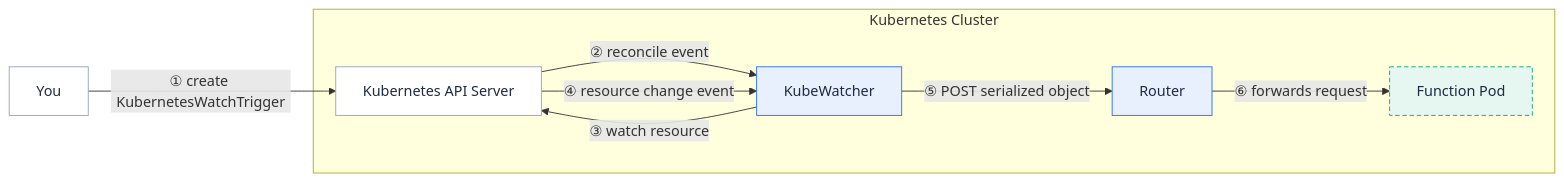
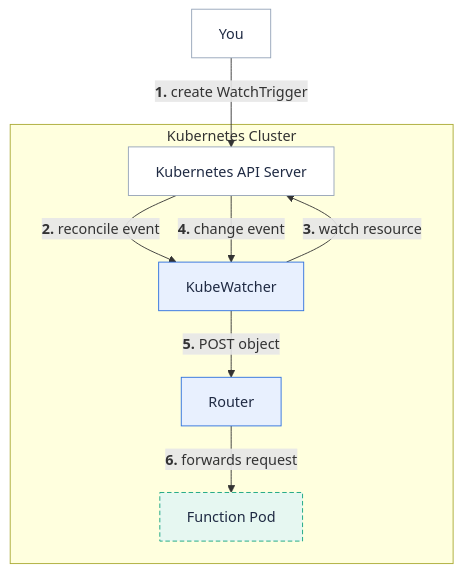
The first of 2 diagrams in content/en/docs/architecture/kubewatcher.md (fission/fission.io), drawn with Mermaid before and after one commit. The commit also changed 23 other files, not shown here.

First line of the commit message:
Make diagrams readable inline: compact TB layouts, bold crimson step numbers

````diff
--- a/content/en/docs/architecture/kubewatcher.md
+++ b/content/en/docs/architecture/kubewatcher.md
@@ -20,18 +20,18 @@
 ```mermaid
-flowchart LR
-  user["You"] -->|"① create KubernetesWatchTrigger"| apiserver["Kubernetes API Server"]
+flowchart TB
+  user["You"] -->|"<b>1.</b> create WatchTrigger"| apiserver["Kubernetes API Server"]
   subgraph k8s["Kubernetes Cluster"]
-    apiserver -->|"② reconcile event"| kubewatcher["KubeWatcher"]
-    kubewatcher -->|"③ watch resource"| apiserver
-    apiserver -->|"④ resource change event"| kubewatcher
-    kubewatcher -->|"⑤ POST serialized object"| router["Router"]
-    router -->|"⑥ forwards request"| fnPod["Function Pod"]
+    apiserver -->|"<b>2.</b> reconcile event"| kubewatcher["KubeWatcher"]
+    kubewatcher -->|"<b>3.</b> watch resource"| apiserver
+    apiserver -->|"<b>4.</b> change event"| kubewatcher
+    kubewatcher -->|"<b>5.</b> POST object"| router["Router"]
+    router -->|"<b>6.</b> forwards request"| fnPod["Function Pod"]
   end
 
   class user,apiserver user
   class kubewatcher,router fission
   class fnPod pod
   classDef user fill:#ffffff,stroke:#94a3b8,color:#1f2a43
   classDef fission fill:#e8f0fe,stroke:#2d70de,color:#1f2a43
   classDef pod fill:#e6f7f1,stroke:#11a37f,color:#1f2a43,stroke-dasharray:5 3
 ```
````
